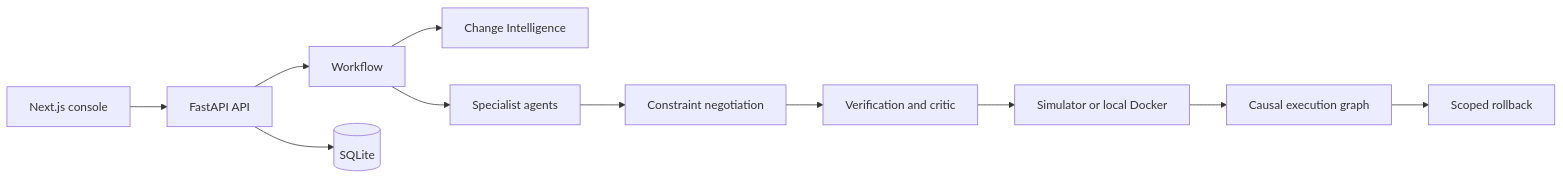
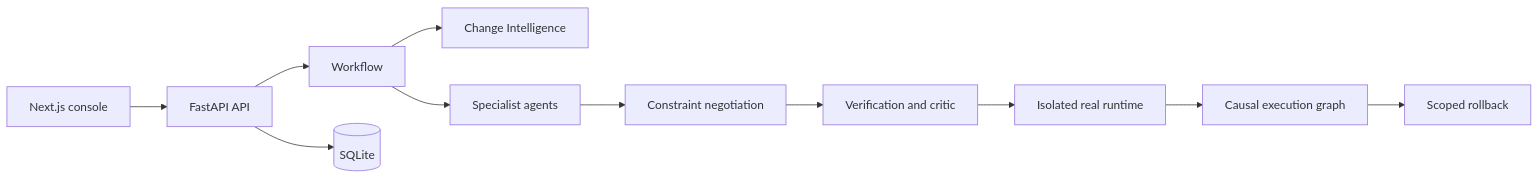
One commit to TheDhruva/Project-Medha changed the diagram in README.md. Above: the diagram before and after it, drawn with Mermaid. The commit also changed other lines of this file and 104 other files, not shown here.

````diff
--- a/README.md
+++ b/README.md
@@ -41,13 +41,13 @@
 ```mermaid
 flowchart LR
     UI[Next.js console] --> API[FastAPI API]
     API --> WF[Workflow]
     WF --> CIG[Change Intelligence]
     WF --> AG[Specialist agents]
     AG --> CNP[Constraint negotiation]
     CNP --> V[Verification and critic]
-    V --> E[Simulator or local Docker]
+    V --> E[Isolated real runtime]
     E --> CEG[Causal execution graph]
     CEG --> RB[Scoped rollback]
     API --> DB[(SQLite)]
 ```
````
